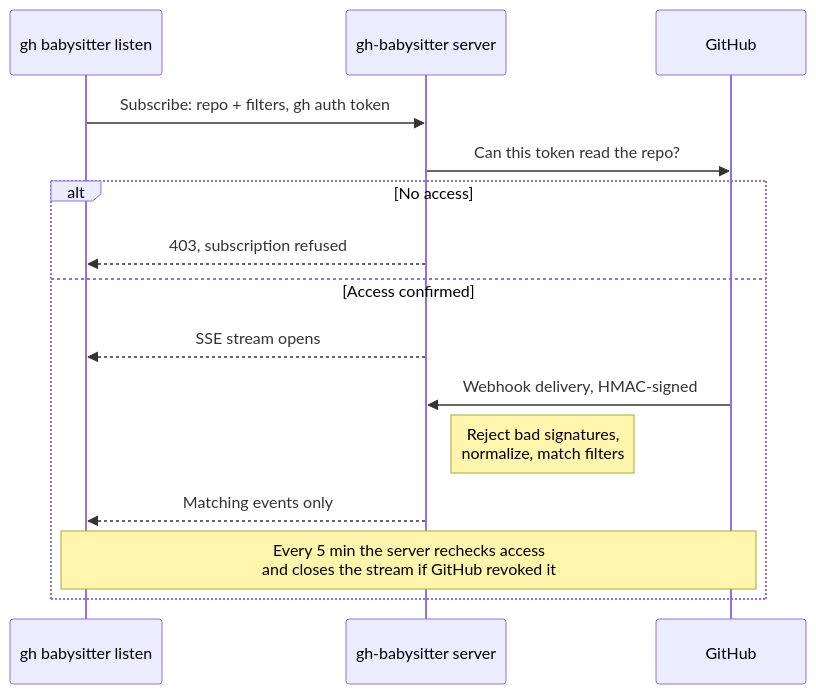
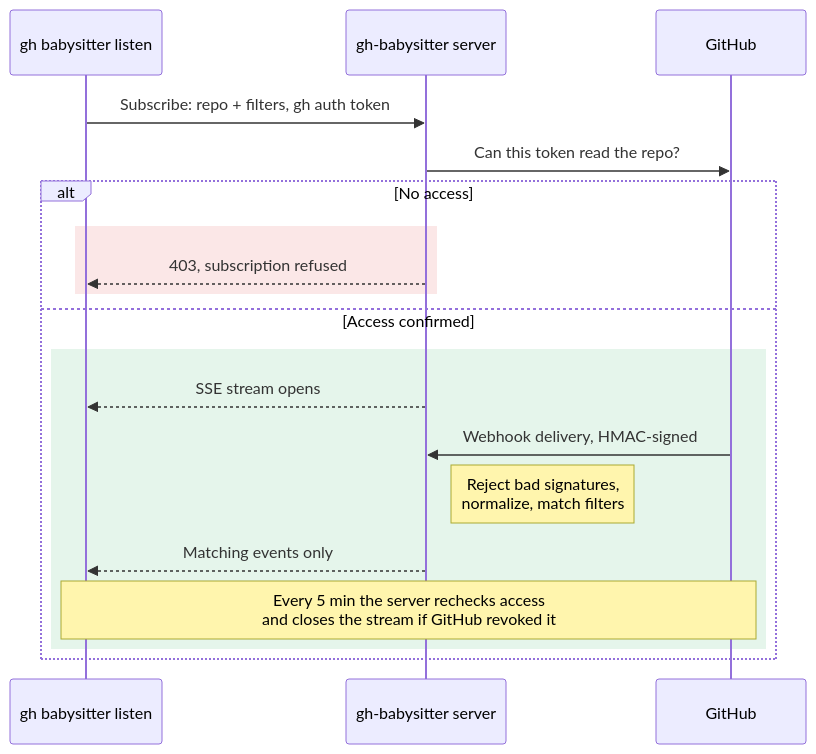
The diagram in README.md (Alex-Kopylov/gh-babysitter), drawn with Mermaid before and after one commit.

Commit message:
docs(readme): tint denied and allowed paths in architecture diagram

````diff
--- a/README.md
+++ b/README.md
@@ -58,18 +58,22 @@
 ```mermaid
 sequenceDiagram
     participant CLI as gh babysitter listen
     participant S as gh-babysitter server
     participant GH as GitHub
 
     CLI->>S: Subscribe: repo + filters, gh auth token
     S->>GH: Can this token read the repo?
     alt No access
-        S-->>CLI: 403, subscription refused
+        rect rgba(220, 60, 60, 0.12)
+            S-->>CLI: 403, subscription refused
+        end
     else Access confirmed
-        S-->>CLI: SSE stream opens
-        GH->>S: Webhook delivery, HMAC-signed
-        Note right of S: Reject bad signatures,<br/>normalize, match filters
-        S-->>CLI: Matching events only
-        Note over CLI,GH: Every 5 min the server rechecks access<br/>and closes the stream if GitHub revoked it
+        rect rgba(40, 170, 90, 0.12)
+            S-->>CLI: SSE stream opens
+            GH->>S: Webhook delivery, HMAC-signed
+            Note right of S: Reject bad signatures,<br/>normalize, match filters
+            S-->>CLI: Matching events only
+            Note over CLI,GH: Every 5 min the server rechecks access<br/>and closes the stream if GitHub revoked it
+        end
     end
 ```
````
